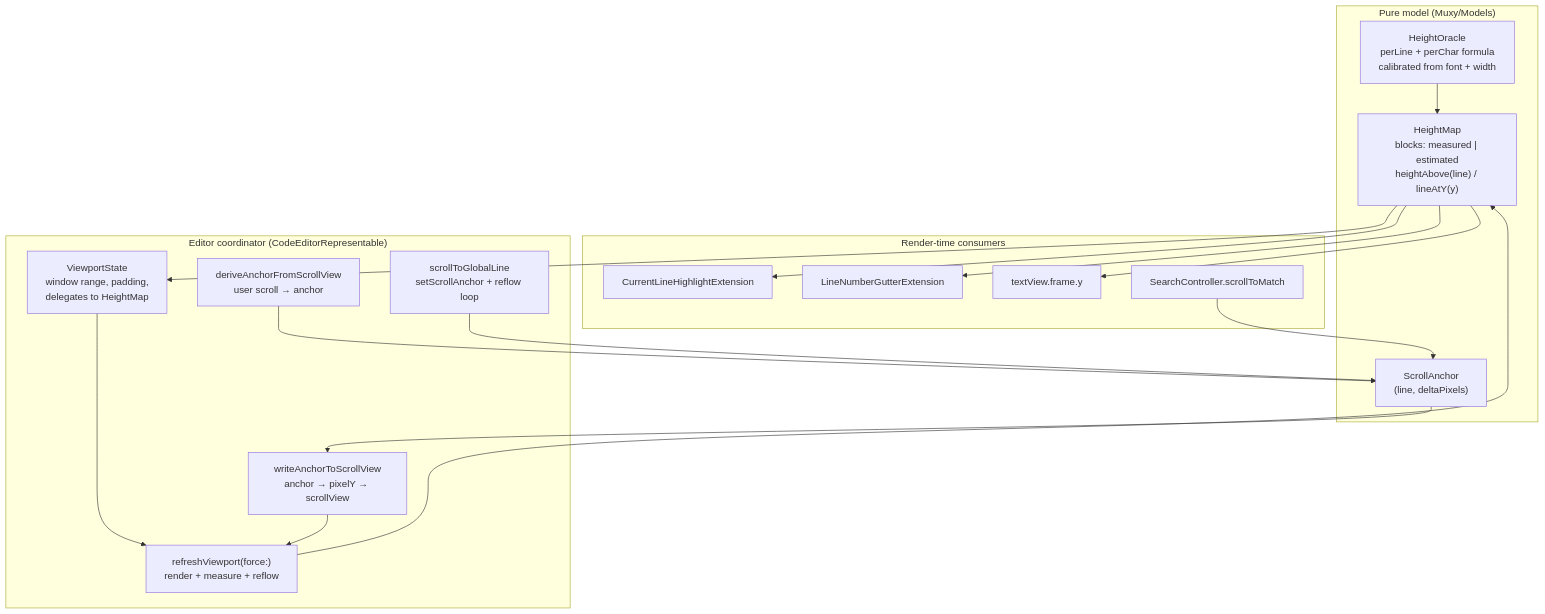
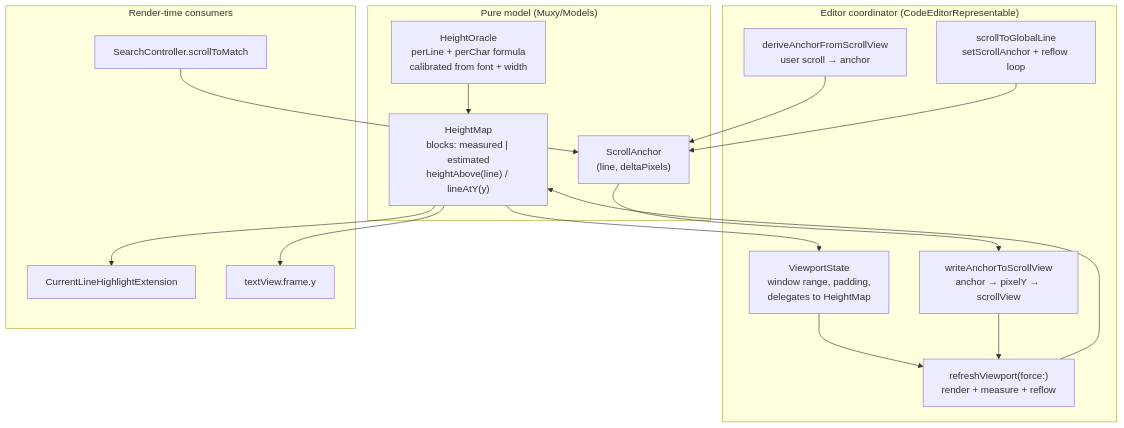
The first of 4 diagrams in docs/developer/architecture/editor-geometry.md (muxy-app/muxy), drawn with Mermaid before and after one commit. The commit also changed other lines of this file and 5 other files, not shown here.

Commit message:
remove gutter and line numbers

````diff
--- a/docs/developer/architecture/editor-geometry.md
+++ b/docs/developer/architecture/editor-geometry.md
@@ -7,36 +7,34 @@
 ```mermaid
 flowchart TB
   subgraph Pure["Pure model (Muxy/Models)"]
     Oracle["HeightOracle<br/>perLine + perChar formula<br/>calibrated from font + width"]
     Map["HeightMap<br/>blocks: measured | estimated<br/>heightAbove(line) / lineAtY(y)"]
     Anchor["ScrollAnchor<br/>(line, deltaPixels)"]
   end
 
   subgraph Editor["Editor coordinator (CodeEditorRepresentable)"]
     Viewport["ViewportState<br/>window range, padding,<br/>delegates to HeightMap"]
     Refresh["refreshViewport(force:)<br/>render + measure + reflow"]
     Jump["scrollToGlobalLine<br/>setScrollAnchor + reflow loop"]
     Write["writeAnchorToScrollView<br/>anchor → pixelY → scrollView"]
     Derive["deriveAnchorFromScrollView<br/>user scroll → anchor"]
   end
 
   subgraph Render["Render-time consumers"]
     Highlight["CurrentLineHighlightExtension"]
-    Gutter["LineNumberGutterExtension"]
     Frame["textView.frame.y"]
     Search["SearchController.scrollToMatch"]
   end
 
   Oracle --> Map
   Map --> Viewport
   Viewport --> Refresh
   Refresh --> Map
   Anchor --> Write
   Write --> Refresh
   Derive --> Anchor
   Jump --> Anchor
   Search --> Anchor
   Map --> Highlight
-  Map --> Gutter
   Map --> Frame
 ```
````
